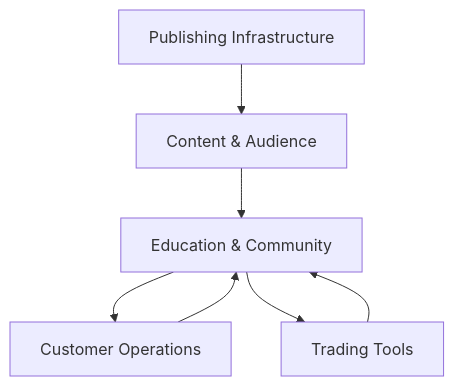
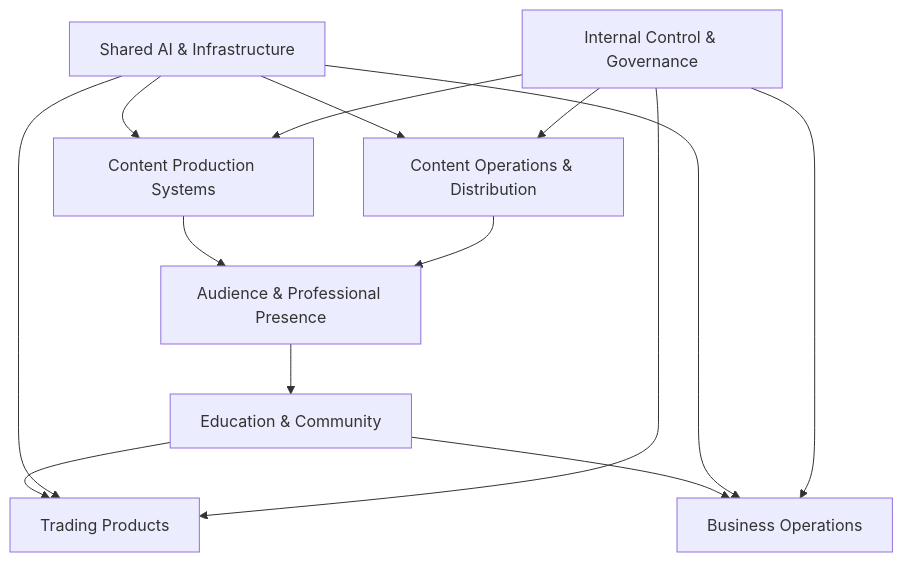
Before and after one commit to sina-ebrahimi-l/SINA-Portfolio: the diagram in architecture/ecosystem-overview.md, drawn with Mermaid. The commit also changed other lines of this file, not shown here.

Commit message:
docs: expand public SINA OS architecture

````diff
--- a/architecture/ecosystem-overview.md
+++ b/architecture/ecosystem-overview.md
@@ -27,9 +45,16 @@
 ```mermaid
 flowchart TD
-    A["Content & Audience"] --> B["Education & Community"]
-    B --> C["Customer Operations"]
-    B --> D["Trading Tools"]
-    E["Publishing Infrastructure"] --> A
-    C --> B
-    D --> B
+    A["Audience & Professional Presence"] --> B["Education & Community"]
+    B --> C["Trading Products"]
+    B --> D["Business Operations"]
+    E["Content Production Systems"] --> A
+    F["Content Operations & Distribution"] --> A
+    G["Shared AI & Infrastructure"] --> C
+    G --> D
+    G --> E
+    G --> F
+    H["Internal Control & Governance"] --> C
+    H --> D
+    H --> E
+    H --> F
 ```
````
